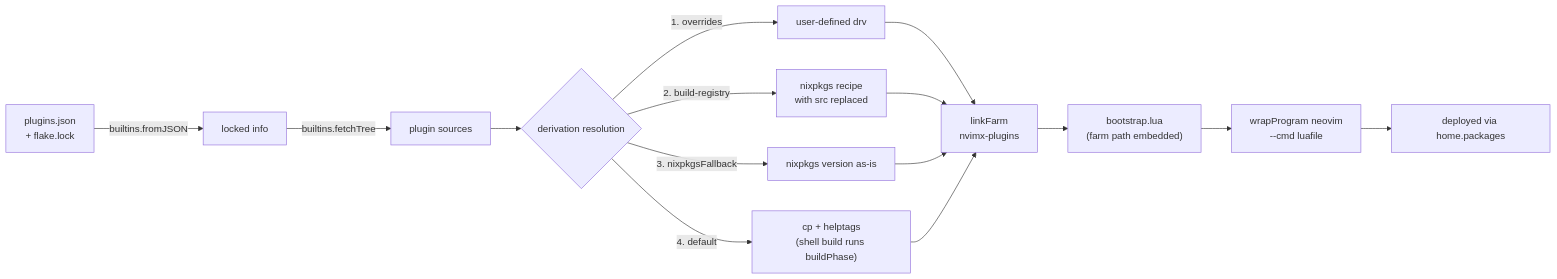
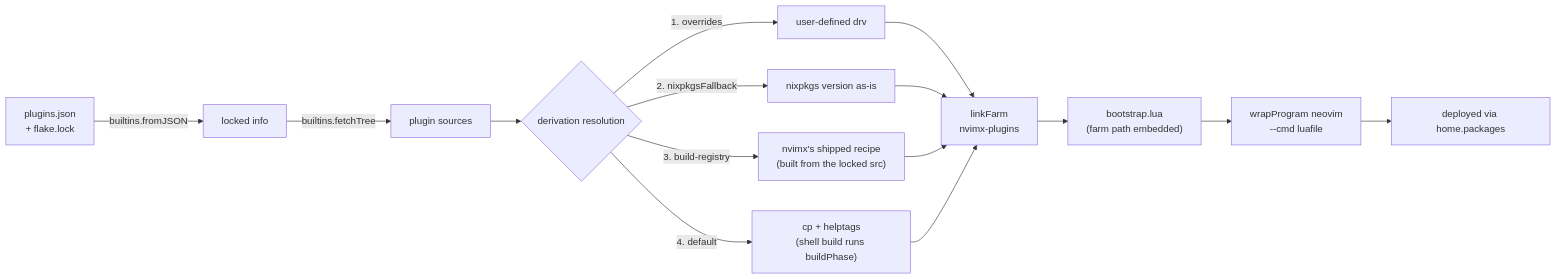
Before and after one commit to myuron/nvimx: the third of 3 diagrams in docs/architecture.md, drawn with Mermaid. The commit also changed other lines of this file and 14 other files, not shown here.

First line of the commit message:
feat(build-registry): ship build recipes for known plugins

````diff
--- a/docs/architecture.md
+++ b/docs/architecture.md
@@ -97,14 +97,14 @@
 ```mermaid
 flowchart LR
     A["plugins.json<br/>+ flake.lock"] -- "builtins.fromJSON" --> B["locked info"]
     B -- "builtins.fetchTree" --> C["plugin sources"]
     C --> D{"derivation resolution"}
     D -- "1. overrides" --> E["user-defined drv"]
-    D -- "2. build-registry" --> F["nixpkgs recipe<br/>with src replaced"]
-    D -- "3. nixpkgsFallback" --> G["nixpkgs version as-is"]
+    D -- "2. nixpkgsFallback" --> F["nixpkgs version as-is"]
+    D -- "3. build-registry" --> G["nvimx's shipped recipe<br/>(built from the locked src)"]
     D -- "4. default" --> H["cp + helptags<br/>(shell build runs buildPhase)"]
     E & F & G & H --> I["linkFarm<br/>nvimx-plugins"]
     I --> J["bootstrap.lua<br/>(farm path embedded)"]
     J --> K["wrapProgram neovim<br/>--cmd luafile"]
     K --> M["deployed via home.packages"]
 ```
````
